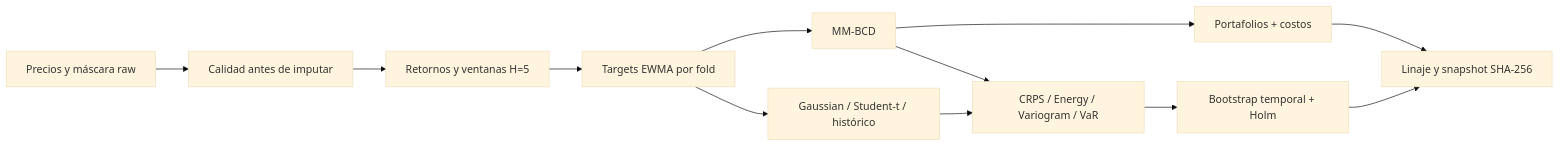
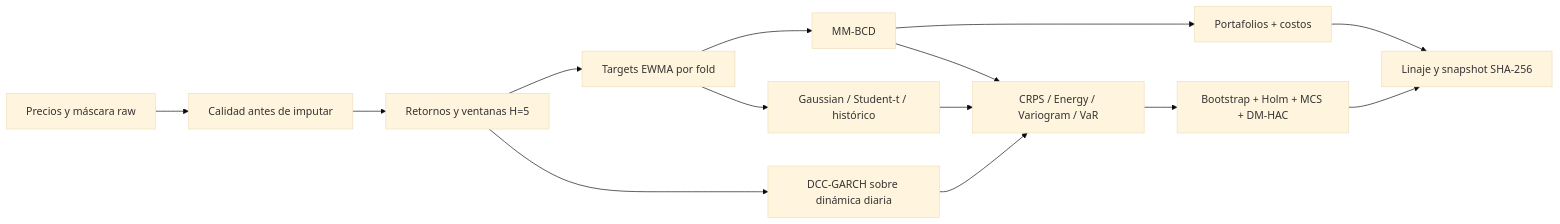
Before and after one commit to tav0-m/mm-ipsa-research: the diagram in README.md, drawn with Mermaid (base theme). The commit also changed other lines of this file and 26 other files, not shown here.

````diff
--- a/README.md
+++ b/README.md
@@ -38,14 +43,16 @@
 ```mermaid
 flowchart LR
     A["Precios y máscara raw"] --> B["Calidad antes de imputar"]
     B --> C["Retornos y ventanas H=5"]
     C --> D["Targets EWMA por fold"]
     D --> E["MM-BCD"]
     D --> F["Gaussian / Student-t / histórico"]
+    C --> K["DCC-GARCH sobre dinámica diaria"]
     E --> G["CRPS / Energy / Variogram / VaR"]
     F --> G
-    G --> H["Bootstrap temporal + Holm"]
+    K --> G
+    G --> H["Bootstrap + Holm + MCS + DM-HAC"]
     E --> I["Portafolios + costos"]
     I --> J["Linaje y snapshot SHA-256"]
     H --> J
 ```
````
